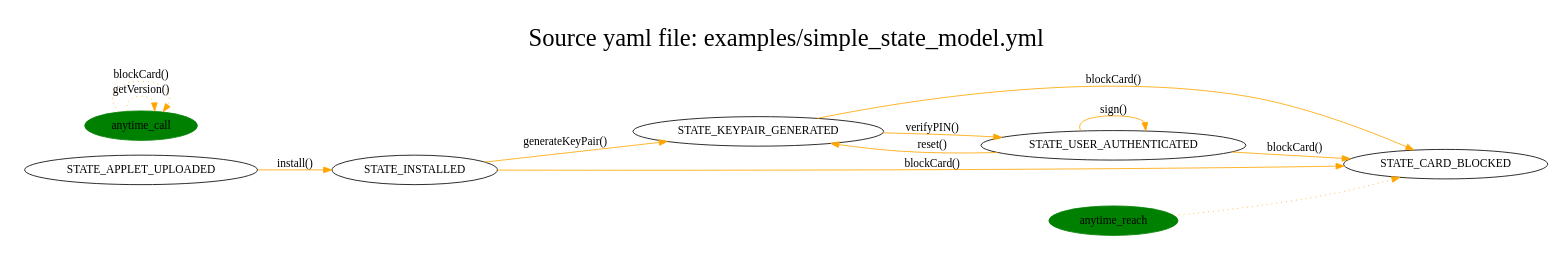
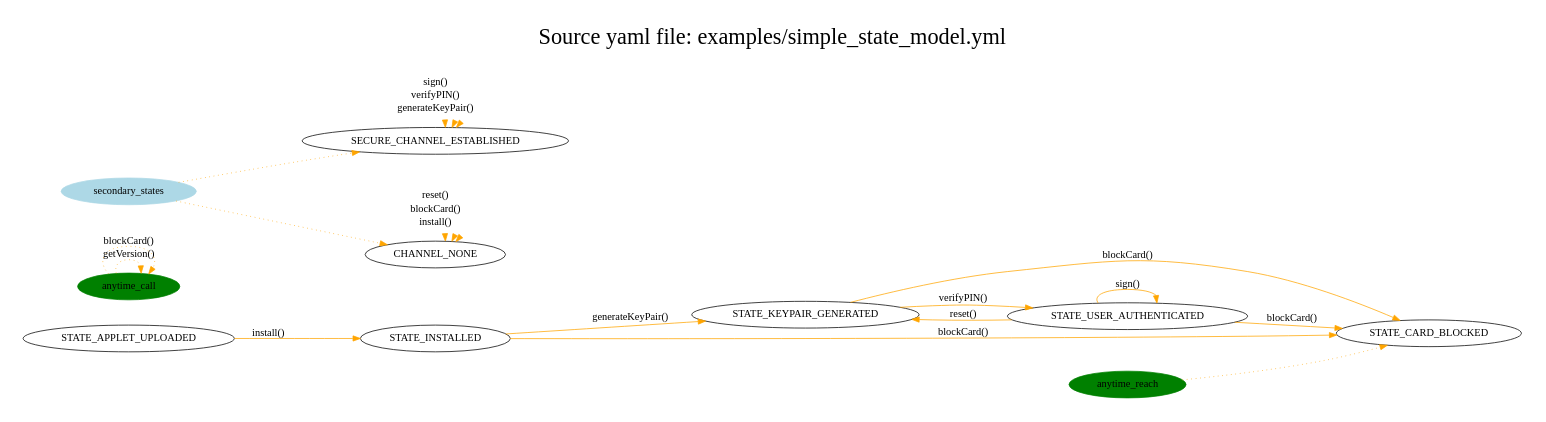
The diagram in examples/state_model.dot (petrs/state_enforcer), drawn with Graphviz before and after one commit. The commit also changed 3 other files, not shown here.

```diff
--- a/examples/state_model.dot
+++ b/examples/state_model.dot
@@ -1,24 +1,39 @@
 // State model
 digraph {
 	graph [fontsize=30 label="Source yaml file: examples/simple_state_model.yml" labelloc=t]
 	rankdir=LR size="8,5"
 	STATE_APPLET_UPLOADED -> STATE_INSTALLED [label="install()" color=orange style=solid]
 	STATE_INSTALLED -> STATE_KEYPAIR_GENERATED [label="generateKeyPair()" color=orange style=solid]
 	STATE_INSTALLED -> STATE_CARD_BLOCKED [label="blockCard()" color=orange style=solid]
 	STATE_KEYPAIR_GENERATED -> STATE_USER_AUTHENTICATED [label="verifyPIN()" color=orange style=solid]
 	STATE_KEYPAIR_GENERATED -> STATE_CARD_BLOCKED [label="blockCard()" color=orange style=solid]
 	STATE_USER_AUTHENTICATED -> STATE_USER_AUTHENTICATED [label="sign()" color=orange style=solid]
 	STATE_USER_AUTHENTICATED -> STATE_KEYPAIR_GENERATED [label="reset()" color=orange style=solid]
 	STATE_USER_AUTHENTICATED -> STATE_CARD_BLOCKED [label="blockCard()" color=orange style=solid]
 	node [color=green]
 	node [style=filled]
 	anytime_call
 	anytime_call -> anytime_call [label="getVersion()" color=orange style=dotted]
 	anytime_call -> anytime_call [label="blockCard()" color=orange style=dotted]
 	node [color=green]
 	node [style=filled]
 	anytime_reach
 	node [color=gray]
 	node [style=filled]
 	anytime_reach -> STATE_CARD_BLOCKED [color=orange style=dotted]
+	node [color=lightblue]
+	node [style=filled]
+	secondary_states
+	node [color=black]
+	node [style=solid]
+	secondary_states -> SECURE_CHANNEL_ESTABLISHED [color=orange style=dotted]
+	SECURE_CHANNEL_ESTABLISHED -> SECURE_CHANNEL_ESTABLISHED [label="generateKeyPair()" color=orange style=invisible]
+	SECURE_CHANNEL_ESTABLISHED -> SECURE_CHANNEL_ESTABLISHED [label="verifyPIN()" color=orange style=invisible]
+	SECURE_CHANNEL_ESTABLISHED -> SECURE_CHANNEL_ESTABLISHED [label="sign()" color=orange style=invisible]
+	node [color=black]
+	node [style=solid]
+	secondary_states -> CHANNEL_NONE [color=orange style=dotted]
+	CHANNEL_NONE -> CHANNEL_NONE [label="install()" color=orange style=invisible]
+	CHANNEL_NONE -> CHANNEL_NONE [label="blockCard()" color=orange style=invisible]
+	CHANNEL_NONE -> CHANNEL_NONE [label="reset()" color=orange style=invisible]
 }
```
